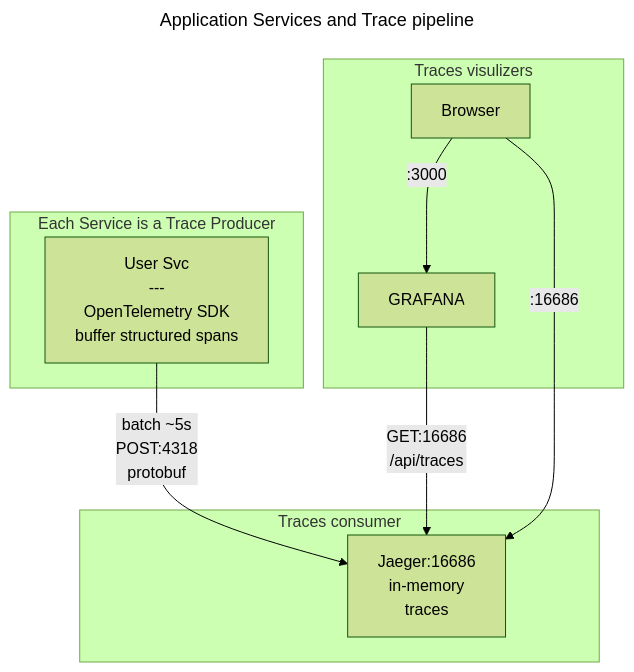
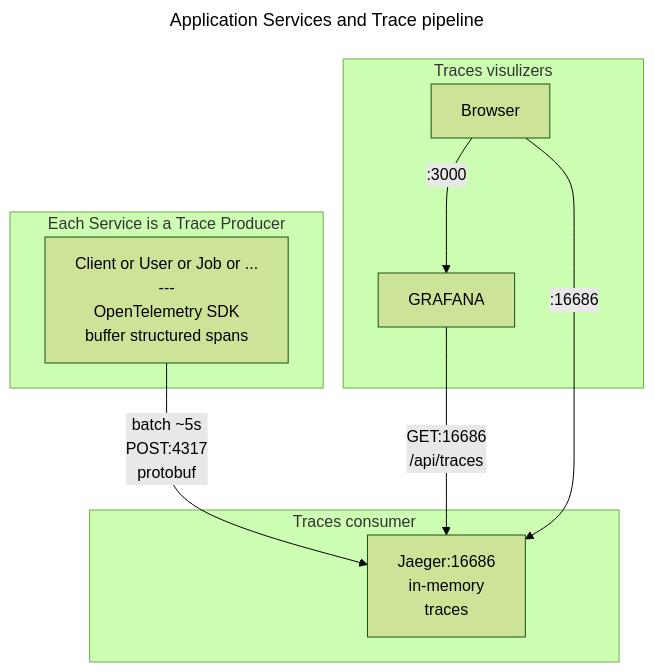
Before and after one commit to dwyl/learn-elixir-microservices-with-opentelemetry: the seventh of 10 diagrams in README.md, drawn with Mermaid (forest theme).

Commit message:
chore: review README

````diff
--- a/README.md
+++ b/README.md
@@ -885,25 +885,25 @@
 ```mermaid
 ---
 title: Application Services and Trace pipeline
 --- 
 
 flowchart TD
     subgraph Traces[Each Service is a Trace Producer]
-        UE[User Svc<br> --- <br> OpenTelemetry SDK<br>buffer structured spans]
+        UE[Client or User or Job or ...<br> --- <br> OpenTelemetry SDK<br>buffer structured spans]
     end
 
     subgraph Cons[Traces consumer]
         J[Jaeger:16686<br>in-memory<br>traces]
     end
 
     subgraph Viz[Traces visulizers]
         G[Grafana:3000]
         UI[Browser]
     end
 
-    UE -->|batch ~5s<br>POST:4318<br> protobuf|J
+    UE -->|batch ~5s<br>POST:4317<br> protobuf|J
 
     G[GRAFANA<br>] -->|GET:16686<br>/api/traces|J
     UI-->|:3000| G
     UI-->|:16686|J
 ```
````
